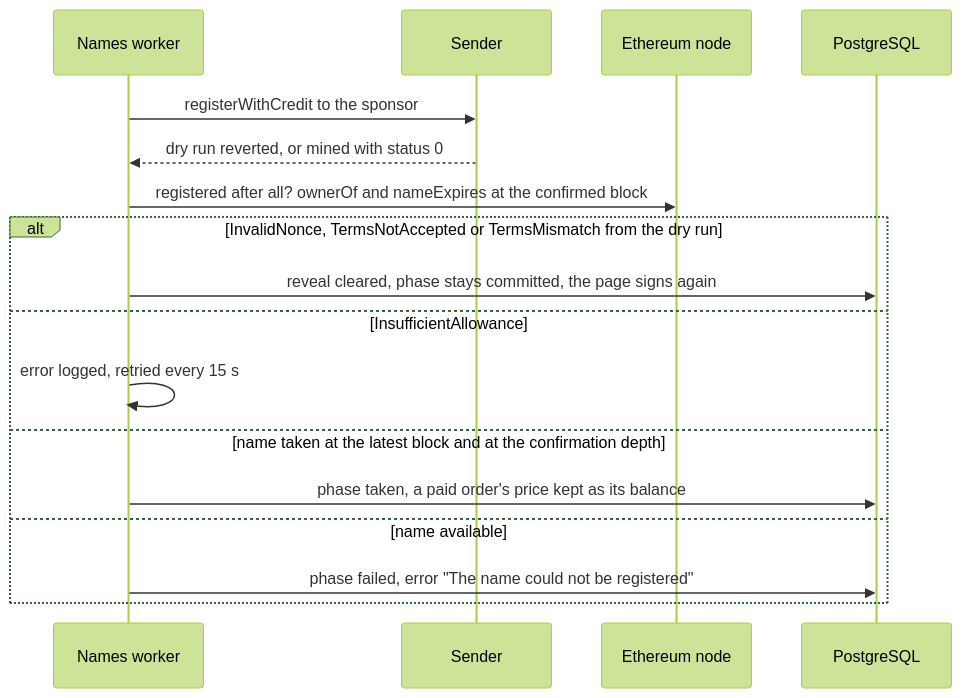
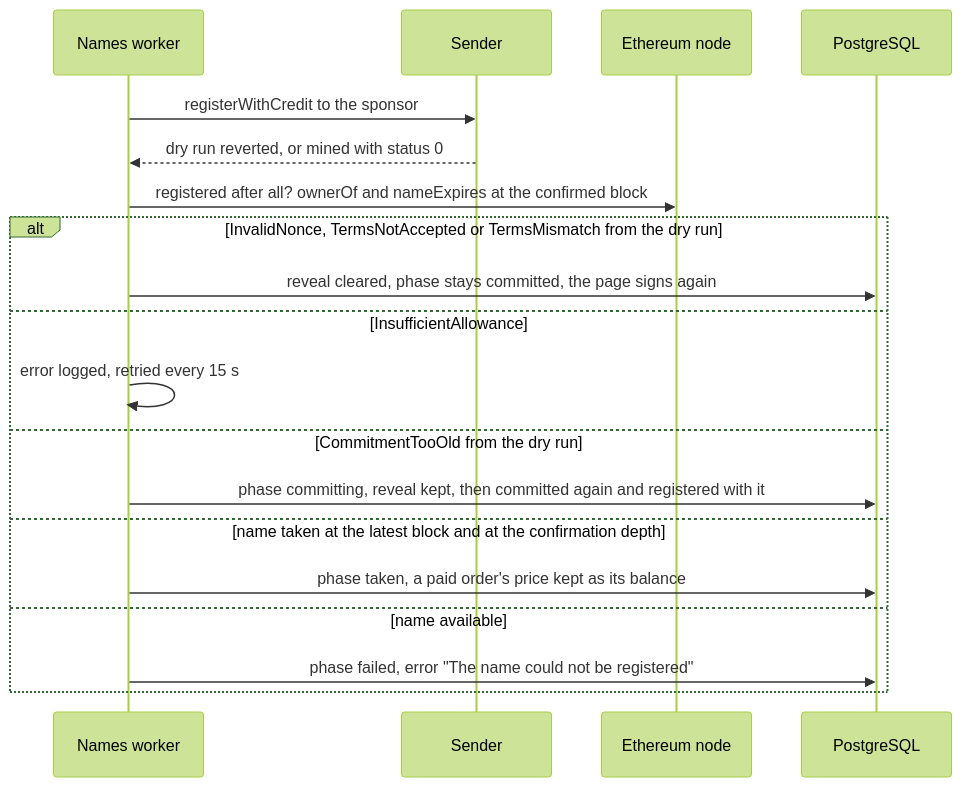
The sixth of 14 diagrams in apps/simplex-store-service/docs/names.md (simplex-chat/simplex-chat), drawn with Mermaid (forest theme) before and after one commit. The commit also changed other lines of this file and 5 other files, not shown here.

Commit message:
store: register names across a commitment lapse without signing again

````diff
--- a/apps/simplex-store-service/docs/names.md
+++ b/apps/simplex-store-service/docs/names.md
@@ -339,19 +339,21 @@
 ```mermaid
 sequenceDiagram
   participant K as Names worker
   participant S as Sender
   participant E as Ethereum node
   participant D as PostgreSQL
   K->>S: registerWithCredit to the sponsor
   S-->>K: dry run reverted, or mined with status 0
   K->>E: registered after all? ownerOf and nameExpires at the confirmed block
   alt InvalidNonce, TermsNotAccepted or TermsMismatch from the dry run
     K->>D: reveal cleared, phase stays committed, the page signs again
   else InsufficientAllowance
     K->>K: error logged, retried every 15 s
+  else CommitmentTooOld from the dry run
+    K->>D: phase committing, reveal kept, then committed again and registered with it
   else name taken at the latest block and at the confirmation depth
     K->>D: phase taken, a paid order's price kept as its balance
   else name available
     K->>D: phase failed, error "The name could not be registered"
   end
 ```
````
